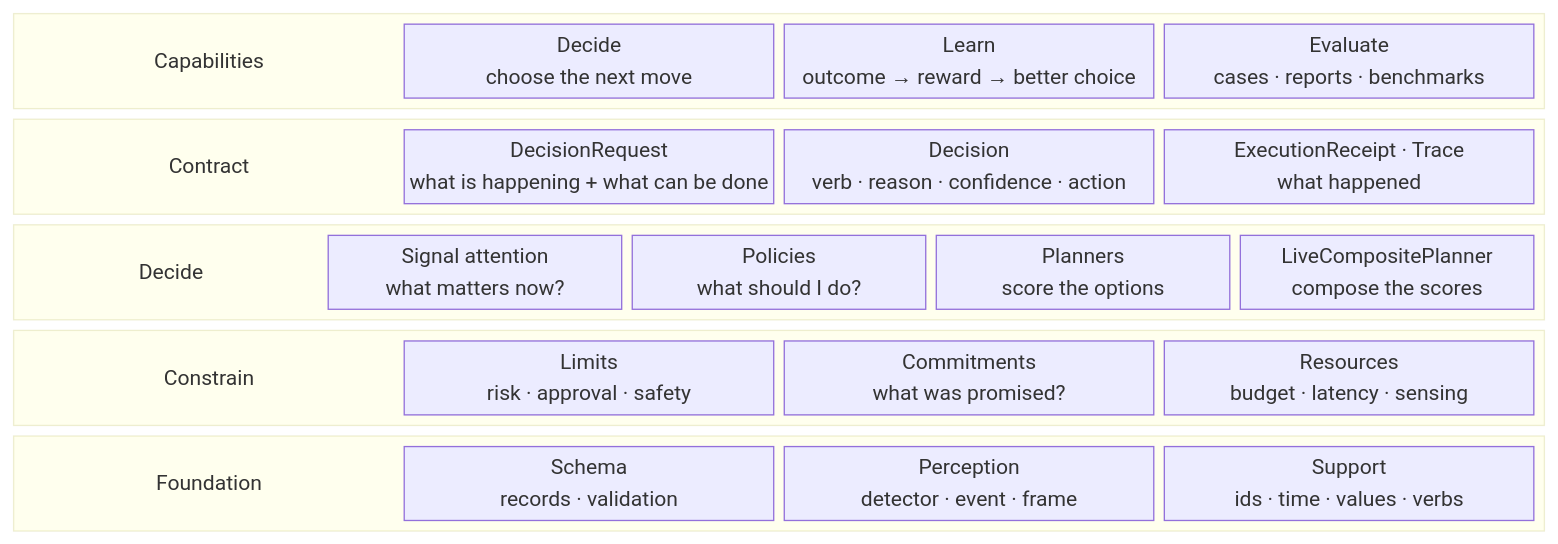
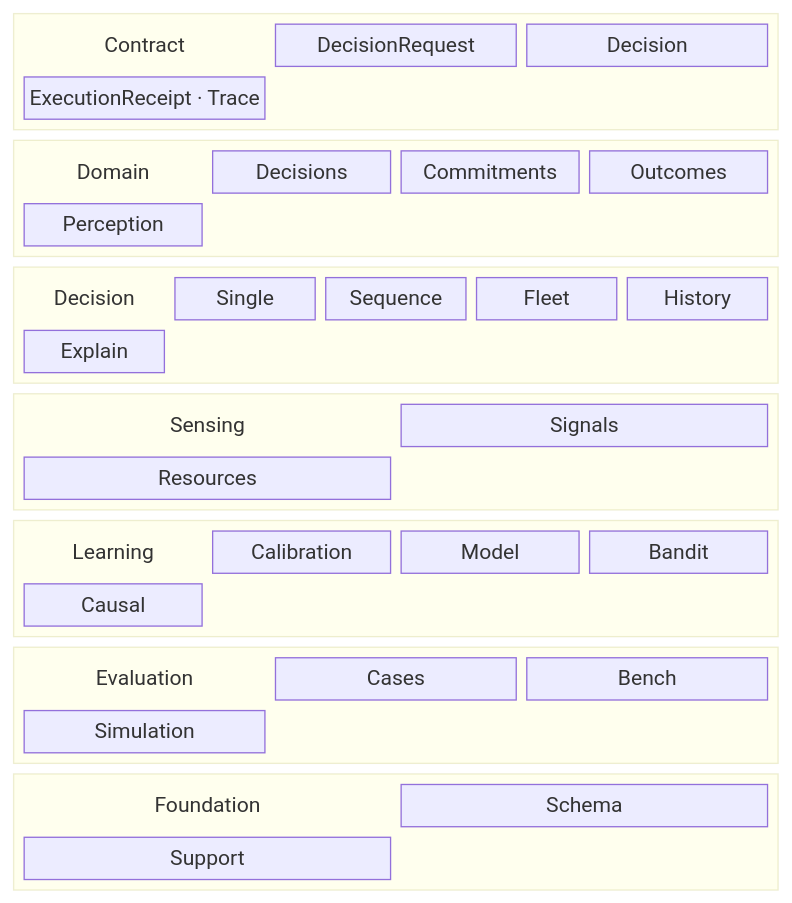
Before and after one commit to michaelatamuk/laix: the diagram in docs/02-core/README.md, drawn with Mermaid. The commit also changed other lines of this file and 2 other files, not shown here.

Commit message:
docs: align core layer diagram and split benchmark ownership (#25)

````diff
--- a/docs/02-core/README.md
+++ b/docs/02-core/README.md
@@ -96,51 +96,70 @@
 ```mermaid
 block-beta
     columns 1
 
-    block:capabilities
-        columns 4
-        capabilities_label["Capabilities"]
-        decide["Decide<br/>choose the next move"]
-        learn["Learn<br/>outcome → reward → better choice"]
-        evaluate["Evaluate<br/>cases · reports · benchmarks"]
+    block:contract
+        columns 3
+        contract_label["Contract"]
+        request["DecisionRequest"]
+        response["Decision"]
+        trail["ExecutionReceipt · Trace"]
     end
 
-    block:contract
+    block:domain
         columns 4
-        contract_label["Contract"]
-        request["DecisionRequest<br/>what is happening + what can be done"]
-        response["Decision<br/>verb · reason · confidence · action"]
-        trail["ExecutionReceipt · Trace<br/>what happened"]
+        domain_label["Domain"]
+        decisions["Decisions"]
+        commitments["Commitments"]
+        outcomes["Outcomes"]
+        perception["Perception"]
     end
 
-    block:decide_layer
+    block:decision
         columns 5
-        decide_label["Decide"]
-        attention["Signal attention<br/>what matters now?"]
-        policies["Policies<br/>what should I do?"]
-        planners["Planners<br/>score the options"]
-        composite["LiveCompositePlanner<br/>compose the scores"]
+        decision_label["Decision"]
+        single["Single"]
+        sequence["Sequence"]
+        fleet["Fleet"]
+        history["History"]
+        explain["Explain"]
     end
 
-    block:constrain_layer
+    block:sensing
+        columns 2
+        sensing_label["Sensing"]
+        signals["Signals"]
+        resources["Resources"]
+    end
+
+    block:learning
         columns 4
-        constrain_label["Constrain"]
-        limits["Limits<br/>risk · approval · safety"]
-        commitments["Commitments<br/>what was promised?"]
-        resources["Resources<br/>budget · latency · sensing"]
+        learning_label["Learning"]
+        calibration["Calibration"]
+        model["Model"]
+        bandit["Bandit"]
+        causal["Causal"]
+    end
+
+    block:evaluation
+        columns 3
+        evaluation_label["Evaluation"]
+        cases["Cases"]
+        bench["Bench"]
+        simulation["Simulation"]
     end
 
     block:foundation
-        columns 4
+        columns 2
         foundation_label["Foundation"]
-        schema["Schema<br/>records · validation"]
-        perception["Perception<br/>detector · event · frame"]
-        support["Support<br/>ids · time · values · verbs"]
+        schema["Schema"]
+        support["Support"]
     end
 
-    style capabilities_label fill:transparent,stroke:transparent,font-size:22px,font-weight:bold
     style contract_label fill:transparent,stroke:transparent,font-size:14px,font-weight:bold
-    style decide_label fill:transparent,stroke:transparent,font-weight:bold
-    style constrain_label fill:transparent,stroke:transparent,font-weight:bold
-    style foundation_label fill:transparent,stroke:transparent,font-weight:bold
+    style domain_label fill:transparent,stroke:transparent,font-size:14px,font-weight:bold
+    style decision_label fill:transparent,stroke:transparent,font-size:14px,font-weight:bold
+    style sensing_label fill:transparent,stroke:transparent,font-size:14px,font-weight:bold
+    style learning_label fill:transparent,stroke:transparent,font-size:14px,font-weight:bold
+    style evaluation_label fill:transparent,stroke:transparent,font-size:14px,font-weight:bold
+    style foundation_label fill:transparent,stroke:transparent,font-size:14px,font-weight:bold
 ```
````
